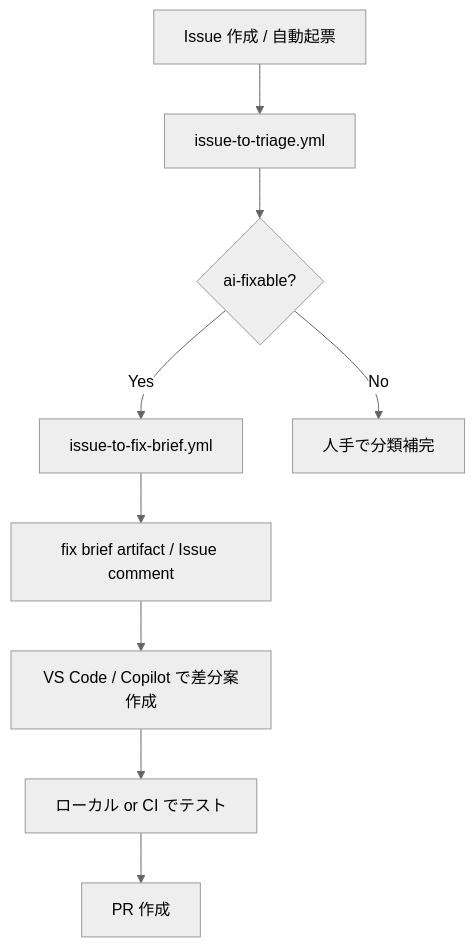
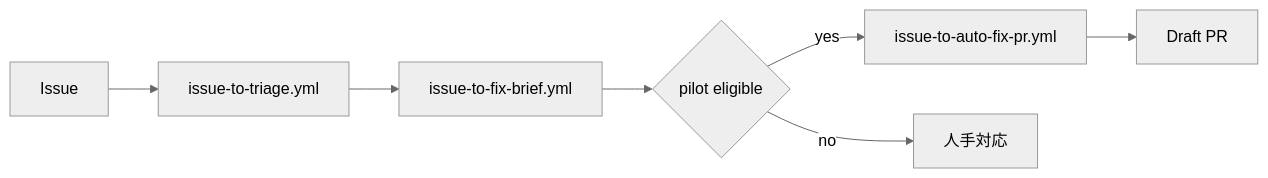
The fifth of 5 diagrams in wiki/20-AI修正提案ワークフローガイド.md (cocomomojo/test_app), drawn with Mermaid (neutral theme) before and after one commit. The commit also changed other lines of this file and 3 other files, not shown here.

Commit message:
mermaidフロー対応

````diff
--- a/wiki/20-AI修正提案ワークフローガイド.md
+++ b/wiki/20-AI修正提案ワークフローガイド.md
@@ -41,11 +155,9 @@
 ```mermaid
-graph TD
-    A[Issue 作成 / 自動起票] --> B[issue-to-triage.yml]
-    B --> C{ai-fixable?}
-    C -->|Yes| D[issue-to-fix-brief.yml]
-    C -->|No| E[人手で分類補完]
-    D --> F[fix brief artifact / Issue comment]
-    F --> G[VS Code / Copilot で差分案作成]
-    G --> H[ローカル or CI でテスト]
-    H --> I[PR 作成]
+flowchart LR
+    A[Issue] --> B[issue-to-triage.yml]
+    B --> C[issue-to-fix-brief.yml]
+    C --> D{pilot eligible}
+    D -->|yes| E[issue-to-auto-fix-pr.yml]
+    D -->|no| F[人手対応]
+    E --> G[Draft PR]
 ```
````
